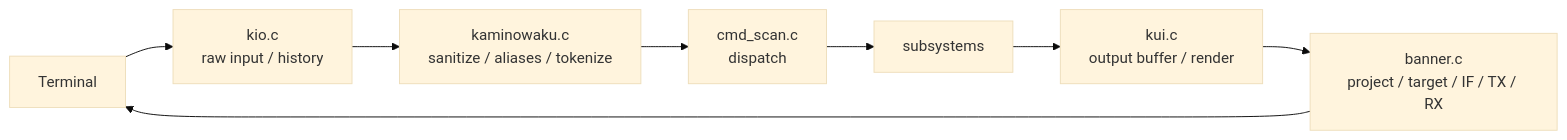
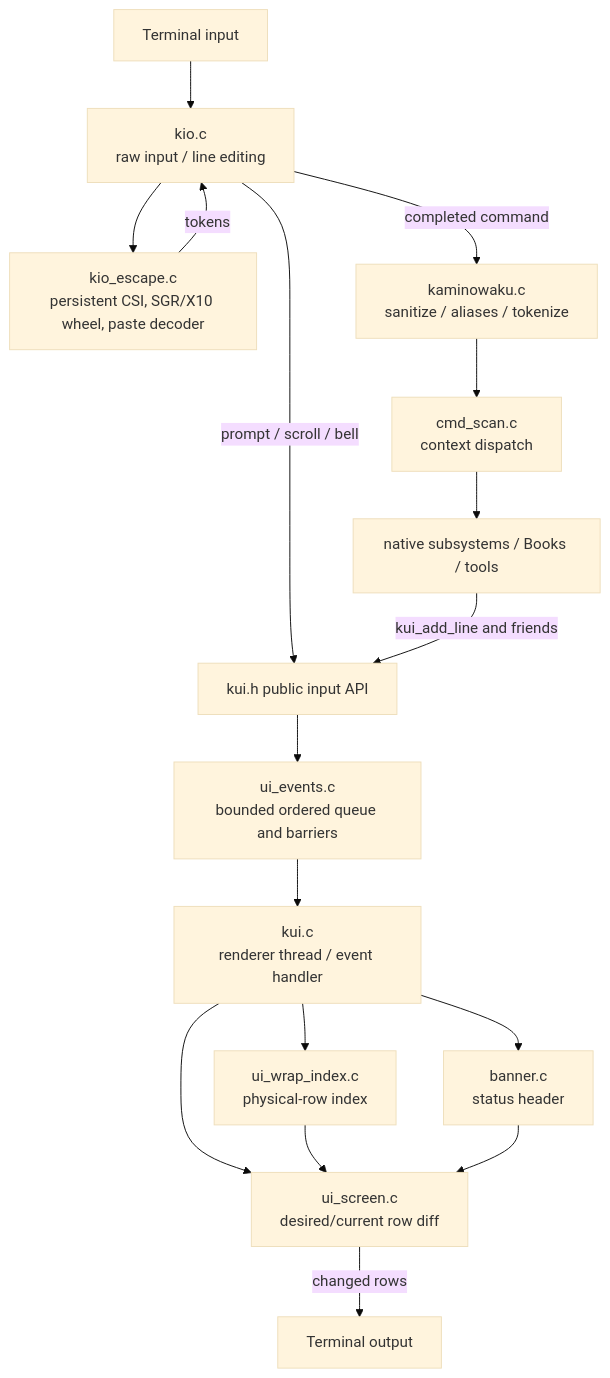
Diagram 11 of 12 in docs/LINK_GRAPH.md (DFH-Software-Projects/kaminowaku), drawn with Mermaid (base theme) before and after one commit. The commit also changed other lines of this file, not shown here.

````diff
--- a/docs/LINK_GRAPH.md
+++ b/docs/LINK_GRAPH.md
@@ -436,10 +444,19 @@
 ```mermaid
-flowchart LR
-    TERM["Terminal"] --> KIO["kio.c<br/>raw input / history"]
-    KIO --> CORE["kaminowaku.c<br/>sanitize / aliases / tokenize"]
-    CORE --> CMD["cmd_scan.c<br/>dispatch"]
-    CMD --> SUB["subsystems"]
-    SUB --> KUI["kui.c<br/>output buffer / render"]
-    KUI --> BANNER["banner.c<br/>project / target / IF / TX / RX"]
-    BANNER --> TERM
+flowchart TD
+    TERM["Terminal input"] --> KIO["kio.c<br/>raw input / line editing"]
+    KIO --> ESC["kio_escape.c<br/>persistent CSI, SGR/X10 wheel, paste decoder"]
+    ESC -->|tokens| KIO
+    KIO -->|prompt / scroll / bell| KUIAPI["kui.h public input API"]
+    KIO -->|completed command| CORE["kaminowaku.c<br/>sanitize / aliases / tokenize"]
+    CORE --> CMD["cmd_scan.c<br/>context dispatch"]
+    CMD --> SUB["native subsystems / Books / tools"]
+    SUB -->|kui_add_line and friends| KUIAPI
+    KUIAPI --> QUEUE["ui_events.c<br/>bounded ordered queue and barriers"]
+    QUEUE --> RENDER["kui.c<br/>renderer thread / event handler"]
+    RENDER --> WRAP["ui_wrap_index.c<br/>physical-row index"]
+    RENDER --> BANNER["banner.c<br/>status header"]
+    RENDER --> SCREEN["ui_screen.c<br/>desired/current row diff"]
+    WRAP --> SCREEN
+    BANNER --> SCREEN
+    SCREEN -->|changed rows| TERMOUT["Terminal output"]
 ```
````
